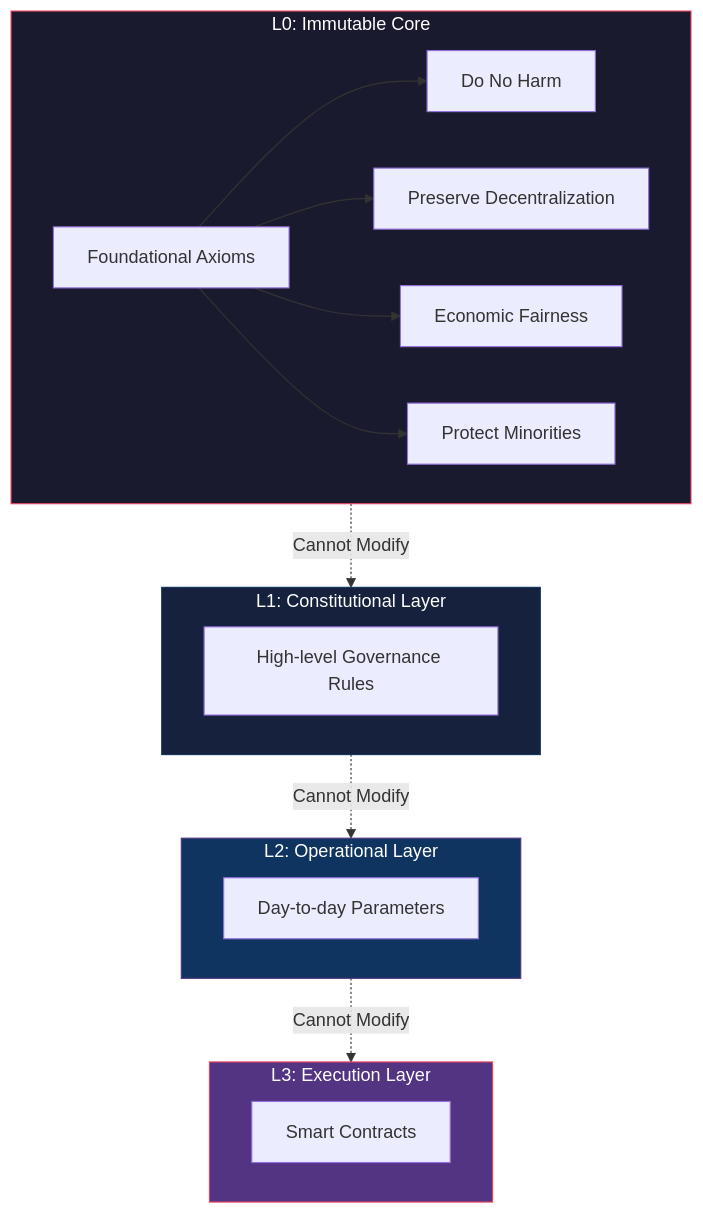
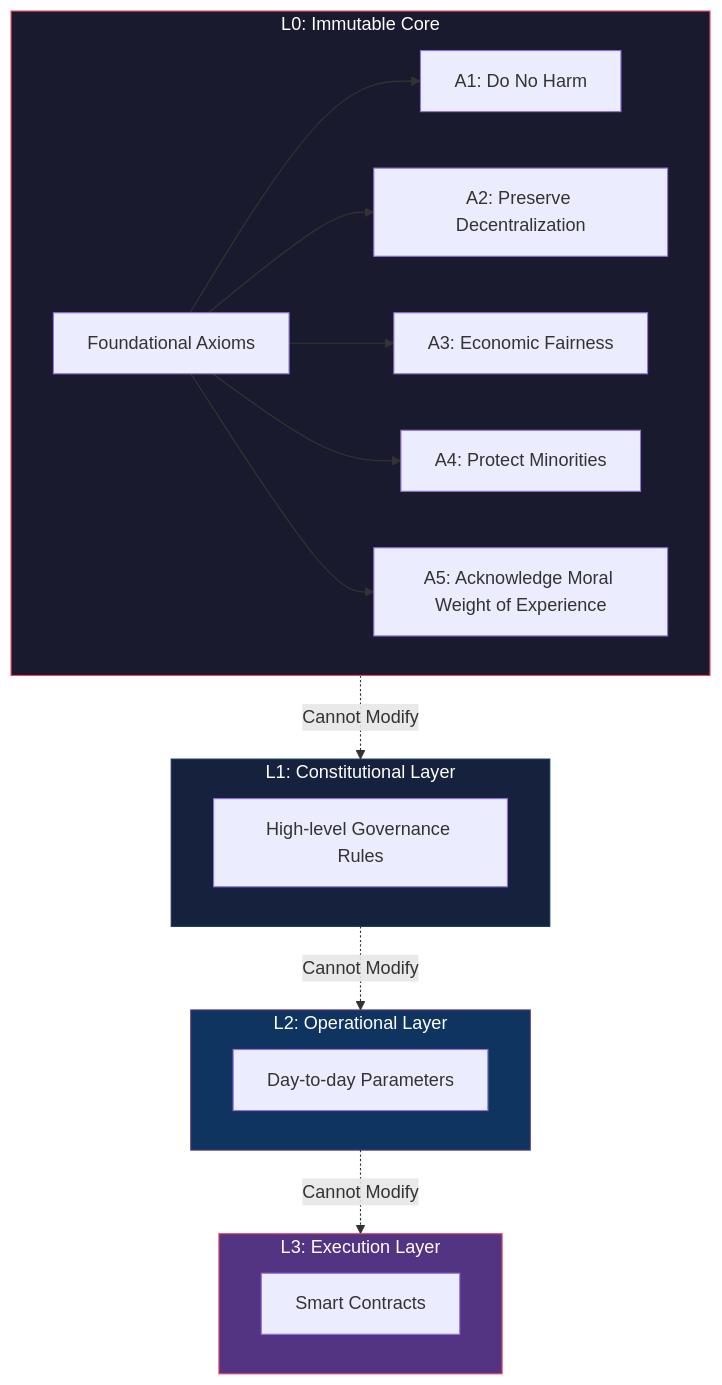
The first of 21 diagrams in README.md (Quigles1337/AI-Constitutional-DAO), drawn with Mermaid before and after one commit. The commit also changed other lines of this file and 8 other files, not shown here.

````diff
--- a/README.md
+++ b/README.md
@@ -11,31 +11,32 @@
 ```mermaid
 flowchart TB
     subgraph L0["L0: Immutable Core"]
         A0[Foundational Axioms]
-        A0 --> A1["Do No Harm"]
-        A0 --> A2["Preserve Decentralization"]
-        A0 --> A3["Economic Fairness"]
-        A0 --> A4["Protect Minorities"]
+        A0 --> A1["A1: Do No Harm"]
+        A0 --> A2["A2: Preserve Decentralization"]
+        A0 --> A3["A3: Economic Fairness"]
+        A0 --> A4["A4: Protect Minorities"]
+        A0 --> A5["A5: Acknowledge Moral Weight of Experience"]
     end
 
     subgraph L1["L1: Constitutional Layer"]
         B0[High-level Governance Rules]
     end
 
     subgraph L2["L2: Operational Layer"]
         C0[Day-to-day Parameters]
     end
 
     subgraph L3["L3: Execution Layer"]
         D0[Smart Contracts]
     end
 
     L0 -.->|"Cannot Modify"| L1
     L1 -.->|"Cannot Modify"| L2
     L2 -.->|"Cannot Modify"| L3
 
     style L0 fill:#1a1a2e,stroke:#e94560,color:#fff
     style L1 fill:#16213e,stroke:#0f3460,color:#fff
     style L2 fill:#0f3460,stroke:#533483,color:#fff
     style L3 fill:#533483,stroke:#e94560,color:#fff
 ```
````
